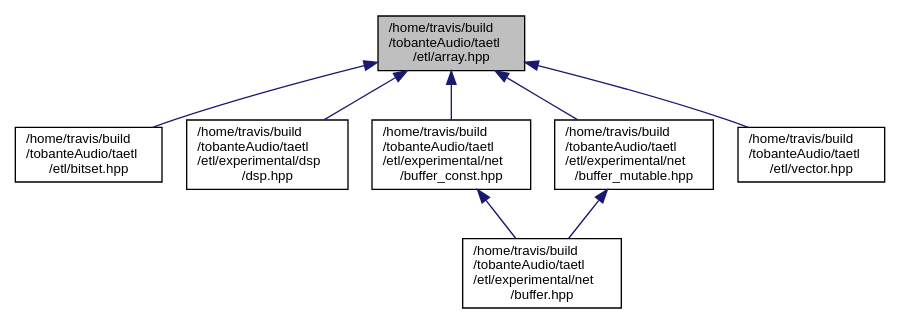
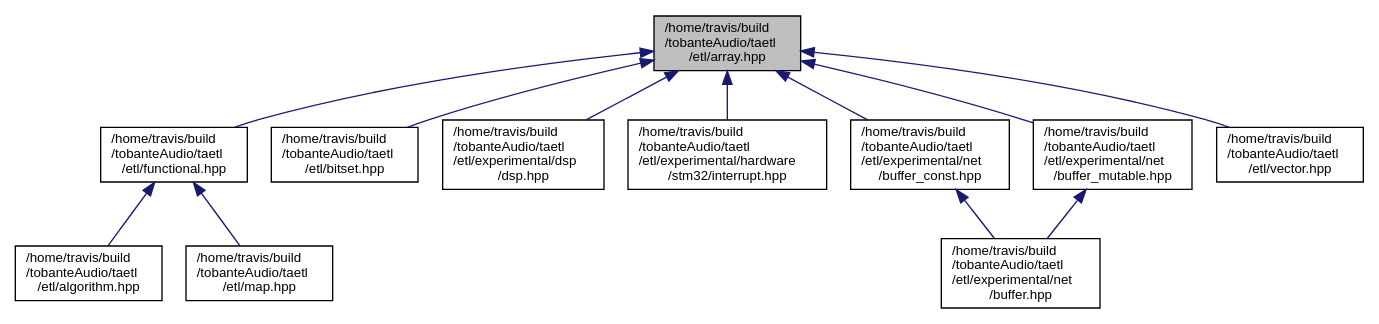
The diagram in array_8hpp__dep__incl.dot (tobanteAudio/taetl), drawn with Graphviz before and after one commit. The commit also changed 256 other files, not shown here.

Commit message:
Deploy tobanteAudio/taetl to github.com/tobanteAudio/taetl.git:gh-pages

```diff
--- a/array_8hpp__dep__incl.dot
+++ b/array_8hpp__dep__incl.dot
@@ -1,19 +1,27 @@
 digraph "/home/travis/build/tobanteAudio/taetl/etl/array.hpp"
 {
   edge [fontname="Helvetica",fontsize="10",labelfontname="Helvetica",labelfontsize="10"];
   node [fontname="Helvetica",fontsize="10",shape=record];
   Node8 [label="/home/travis/build\l/tobanteAudio/taetl\l/etl/array.hpp",height=0.2,width=0.4,color="black", fillcolor="grey75", style="filled", fontcolor="black"];
   Node8 -> Node9 [dir="back",color="midnightblue",fontsize="10",style="solid",fontname="Helvetica"];
-  Node9 [label="/home/travis/build\l/tobanteAudio/taetl\l/etl/bitset.hpp",height=0.2,width=0.4,color="black", fillcolor="white", style="filled",URL="$bitset_8hpp.html"];
-  Node8 -> Node10 [dir="back",color="midnightblue",fontsize="10",style="solid",fontname="Helvetica"];
-  Node10 [label="/home/travis/build\l/tobanteAudio/taetl\l/etl/experimental/dsp\l/dsp.hpp",height=0.2,width=0.4,color="black", fillcolor="white", style="filled",URL="$dsp_8hpp.html"];
-  Node8 -> Node11 [dir="back",color="midnightblue",fontsize="10",style="solid",fontname="Helvetica"];
-  Node11 [label="/home/travis/build\l/tobanteAudio/taetl\l/etl/experimental/net\l/buffer_const.hpp",height=0.2,width=0.4,color="black", fillcolor="white", style="filled",URL="$buffer__const_8hpp.html"];
-  Node11 -> Node12 [dir="back",color="midnightblue",fontsize="10",style="solid",fontname="Helvetica"];
-  Node12 [label="/home/travis/build\l/tobanteAudio/taetl\l/etl/experimental/net\l/buffer.hpp",height=0.2,width=0.4,color="black", fillcolor="white", style="filled",URL="$buffer_8hpp.html"];
+  Node9 [label="/home/travis/build\l/tobanteAudio/taetl\l/etl/functional.hpp",height=0.2,width=0.4,color="black", fillcolor="white", style="filled",URL="$functional_8hpp.html"];
+  Node9 -> Node10 [dir="back",color="midnightblue",fontsize="10",style="solid",fontname="Helvetica"];
+  Node10 [label="/home/travis/build\l/tobanteAudio/taetl\l/etl/algorithm.hpp",height=0.2,width=0.4,color="black", fillcolor="white", style="filled",URL="$algorithm_8hpp.html"];
+  Node9 -> Node11 [dir="back",color="midnightblue",fontsize="10",style="solid",fontname="Helvetica"];
+  Node11 [label="/home/travis/build\l/tobanteAudio/taetl\l/etl/map.hpp",height=0.2,width=0.4,color="black", fillcolor="white", style="filled",URL="$map_8hpp.html"];
+  Node8 -> Node12 [dir="back",color="midnightblue",fontsize="10",style="solid",fontname="Helvetica"];
+  Node12 [label="/home/travis/build\l/tobanteAudio/taetl\l/etl/bitset.hpp",height=0.2,width=0.4,color="black", fillcolor="white", style="filled",URL="$bitset_8hpp.html"];
   Node8 -> Node13 [dir="back",color="midnightblue",fontsize="10",style="solid",fontname="Helvetica"];
-  Node13 [label="/home/travis/build\l/tobanteAudio/taetl\l/etl/experimental/net\l/buffer_mutable.hpp",height=0.2,width=0.4,color="black", fillcolor="white", style="filled",URL="$buffer__mutable_8hpp.html"];
-  Node13 -> Node12 [dir="back",color="midnightblue",fontsize="10",style="solid",fontname="Helvetica"];
+  Node13 [label="/home/travis/build\l/tobanteAudio/taetl\l/etl/experimental/dsp\l/dsp.hpp",height=0.2,width=0.4,color="black", fillcolor="white", style="filled",URL="$dsp_8hpp.html"];
   Node8 -> Node14 [dir="back",color="midnightblue",fontsize="10",style="solid",fontname="Helvetica"];
-  Node14 [label="/home/travis/build\l/tobanteAudio/taetl\l/etl/vector.hpp",height=0.2,width=0.4,color="black", fillcolor="white", style="filled",URL="$vector_8hpp.html"];
+  Node14 [label="/home/travis/build\l/tobanteAudio/taetl\l/etl/experimental/hardware\l/stm32/interrupt.hpp",height=0.2,width=0.4,color="black", fillcolor="white", style="filled",URL="$interrupt_8hpp.html"];
+  Node8 -> Node15 [dir="back",color="midnightblue",fontsize="10",style="solid",fontname="Helvetica"];
+  Node15 [label="/home/travis/build\l/tobanteAudio/taetl\l/etl/experimental/net\l/buffer_const.hpp",height=0.2,width=0.4,color="black", fillcolor="white", style="filled",URL="$buffer__const_8hpp.html"];
+  Node15 -> Node16 [dir="back",color="midnightblue",fontsize="10",style="solid",fontname="Helvetica"];
+  Node16 [label="/home/travis/build\l/tobanteAudio/taetl\l/etl/experimental/net\l/buffer.hpp",height=0.2,width=0.4,color="black", fillcolor="white", style="filled",URL="$buffer_8hpp.html"];
+  Node8 -> Node17 [dir="back",color="midnightblue",fontsize="10",style="solid",fontname="Helvetica"];
+  Node17 [label="/home/travis/build\l/tobanteAudio/taetl\l/etl/experimental/net\l/buffer_mutable.hpp",height=0.2,width=0.4,color="black", fillcolor="white", style="filled",URL="$buffer__mutable_8hpp.html"];
+  Node17 -> Node16 [dir="back",color="midnightblue",fontsize="10",style="solid",fontname="Helvetica"];
+  Node8 -> Node18 [dir="back",color="midnightblue",fontsize="10",style="solid",fontname="Helvetica"];
+  Node18 [label="/home/travis/build\l/tobanteAudio/taetl\l/etl/vector.hpp",height=0.2,width=0.4,color="black", fillcolor="white", style="filled",URL="$vector_8hpp.html"];
 }
```
